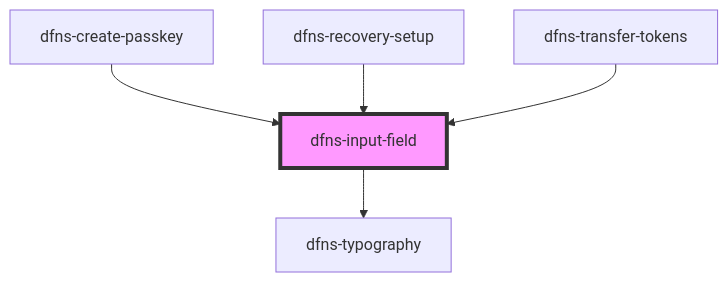
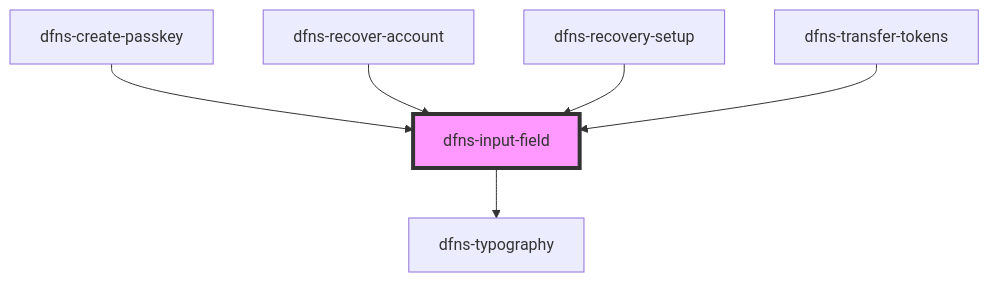
One commit to dfnsext/web-ui changed the diagram in src/components/Elements/Forms/InputField/dfns-input-field/readme.md. Above: the diagram before and after it, drawn with Mermaid. The commit also changed other lines of this file and 8 other files, not shown here.

Commit message:
WIP - Recover account UI

````diff
--- a/src/components/Elements/Forms/InputField/dfns-input-field/readme.md
+++ b/src/components/Elements/Forms/InputField/dfns-input-field/readme.md
@@ -46,8 +47,9 @@
 ```mermaid
 graph TD;
   dfns-input-field --> dfns-typography
   dfns-create-passkey --> dfns-input-field
+  dfns-recover-account --> dfns-input-field
   dfns-recovery-setup --> dfns-input-field
   dfns-transfer-tokens --> dfns-input-field
   style dfns-input-field fill:#f9f,stroke:#333,stroke-width:4px
 ```
````
